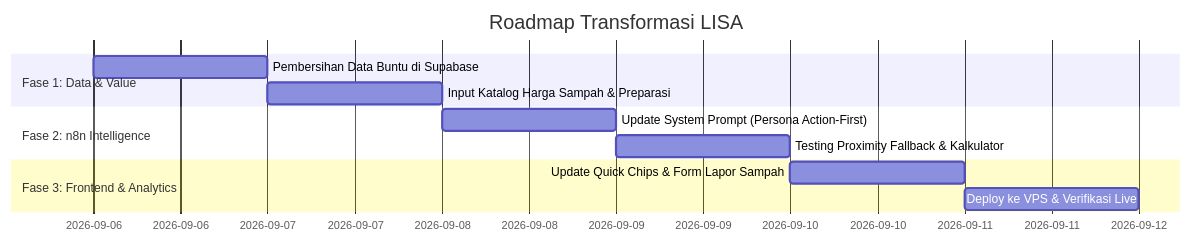
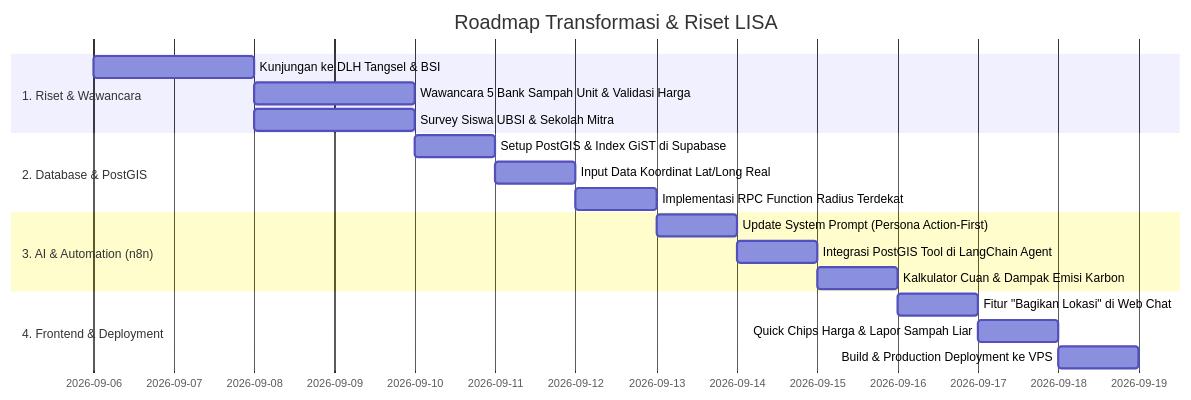
One commit to itsdvvn/lisa-chatbot-web changed the third of 3 diagrams in LISA_ACTION_DRIVEN_TRANSFORMATION_PLAN.md. Above: the diagram before and after it, drawn with Mermaid. The commit also changed other lines of this file, not shown here.

Commit message:
docs: add PostGIS spatial architecture and developer qualitative research protocol

````diff
--- a/LISA_ACTION_DRIVEN_TRANSFORMATION_PLAN.md
+++ b/LISA_ACTION_DRIVEN_TRANSFORMATION_PLAN.md
@@ -145,14 +221,21 @@
 ```mermaid
 gantt
-    title Roadmap Transformasi LISA
+    title Roadmap Transformasi & Riset LISA
     dateFormat  YYYY-MM-DD
-    section Fase 1: Data & Value
-    Pembersihan Data Buntu di Supabase         :a1, 2026-09-06, 1d
-    Input Katalog Harga Sampah & Preparasi     :a2, after a1, 1d
-    section Fase 2: n8n Intelligence
-    Update System Prompt (Persona Action-First):b1, after a2, 1d
-    Testing Proximity Fallback & Kalkulator    :b2, after b1, 1d
-    section Fase 3: Frontend & Analytics
-    Update Quick Chips & Form Lapor Sampah     :c1, after b2, 1d
-    Deploy ke VPS & Verifikasi Live            :c2, after c1, 1d
+    section 1. Riset & Wawancara
+    Kunjungan ke DLH Tangsel & BSI               :r1, 2026-09-06, 2d
+    Wawancara 5 Bank Sampah Unit & Validasi Harga :r2, after r1, 2d
+    Survey Siswa UBSI & Sekolah Mitra            :r3, after r1, 2d
+    section 2. Database & PostGIS
+    Setup PostGIS & Index GiST di Supabase       :d1, after r2, 1d
+    Input Data Koordinat Lat/Long Real           :d2, after d1, 1d
+    Implementasi RPC Function Radius Terdekat    :d3, after d2, 1d
+    section 3. AI & Automation (n8n)
+    Update System Prompt (Persona Action-First)  :n1, after d3, 1d
+    Integrasi PostGIS Tool di LangChain Agent    :n2, after n1, 1d
+    Kalkulator Cuan & Dampak Emisi Karbon        :n3, after n2, 1d
+    section 4. Frontend & Deployment
+    Fitur "Bagikan Lokasi" di Web Chat           :f1, after n3, 1d
+    Quick Chips Harga & Lapor Sampah Liar        :f2, after f1, 1d
+    Build & Production Deployment ke VPS         :f3, after f2, 1d
 ```
````
